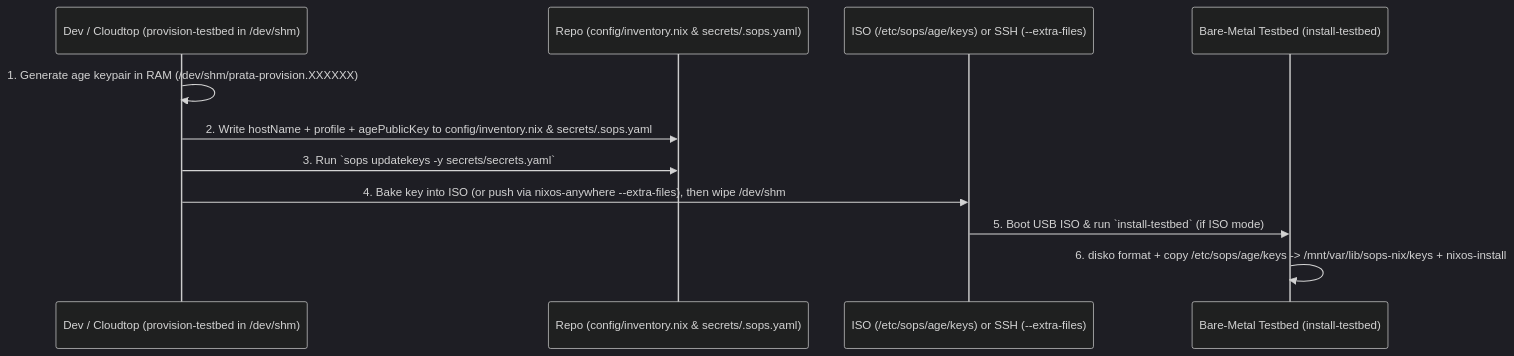
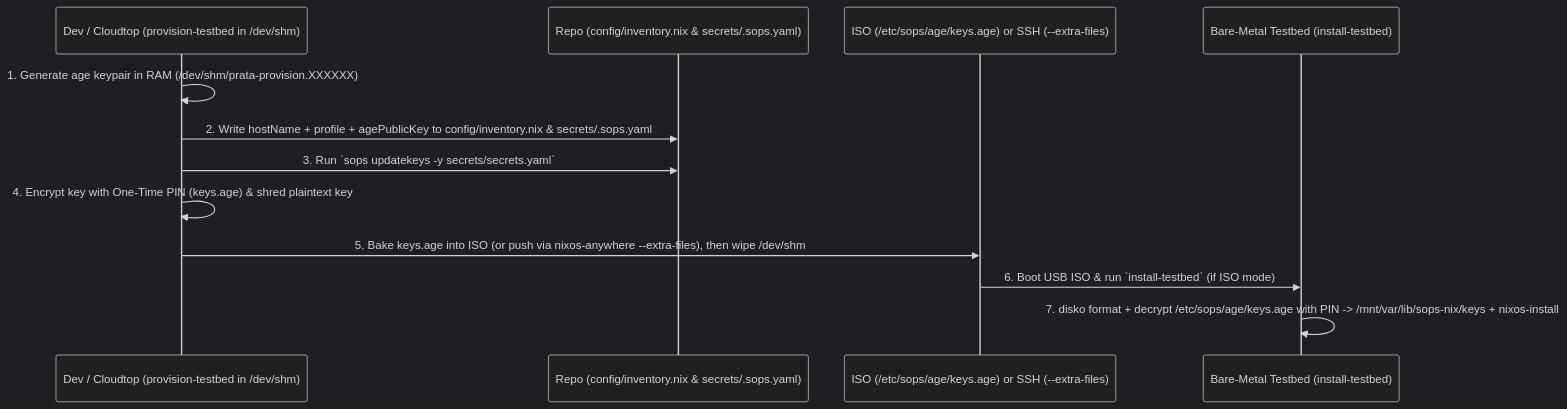
The diagram in docs/changes/2026-10-21-testbed-secrets-provisioning-requirement.md (YZTangent/testbed-host-nixos), drawn with Mermaid (dark theme) before and after one commit. The commit also changed other lines of this file and 6 other files, not shown here.

Commit message:
feat(provision): encrypt ISO age key with One-Time PIN (keys.age) before build

````diff
--- a/docs/changes/2026-10-21-testbed-secrets-provisioning-requirement.md
+++ b/docs/changes/2026-10-21-testbed-secrets-provisioning-requirement.md
@@ -121,14 +121,15 @@
 ```mermaid
 sequenceDiagram
     participant Dev as Dev / Cloudtop (provision-testbed in /dev/shm)
     participant Git as Repo (config/inventory.nix & secrets/.sops.yaml)
-    participant Target as ISO (/etc/sops/age/keys) or SSH (--extra-files)
+    participant Target as ISO (/etc/sops/age/keys.age) or SSH (--extra-files)
     participant Host as Bare-Metal Testbed (install-testbed)
 
     Dev->>Dev: 1. Generate age keypair in RAM (/dev/shm/prata-provision.XXXXXX)
     Dev->>Git: 2. Write hostName + profile + agePublicKey to config/inventory.nix & secrets/.sops.yaml
     Dev->>Git: 3. Run `sops updatekeys -y secrets/secrets.yaml`
-    Dev->>Target: 4. Bake key into ISO (or push via nixos-anywhere --extra-files), then wipe /dev/shm
-    Target->>Host: 5. Boot USB ISO & run `install-testbed` (if ISO mode)
-    Host->>Host: 6. disko format + copy /etc/sops/age/keys -> /mnt/var/lib/sops-nix/keys + nixos-install
+    Dev->>Dev: 4. Encrypt key with One-Time PIN (keys.age) & shred plaintext key
+    Dev->>Target: 5. Bake keys.age into ISO (or push via nixos-anywhere --extra-files), then wipe /dev/shm
+    Target->>Host: 6. Boot USB ISO & run `install-testbed` (if ISO mode)
+    Host->>Host: 7. disko format + decrypt /etc/sops/age/keys.age with PIN -> /mnt/var/lib/sops-nix/keys + nixos-install
 ```
````
